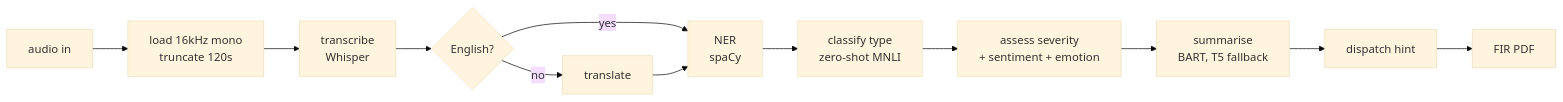
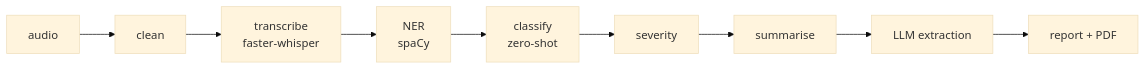
The diagram in README.md (CoderSoham/NLP_FIR), drawn with Mermaid (base theme) before and after one commit. The commit also changed other lines of this file and 5 other files, not shown here.

````diff
--- a/README.md
+++ b/README.md
@@ -14,14 +14,11 @@
 ```mermaid
 flowchart LR
-    A[audio in] --> B[load 16kHz mono<br/>truncate 120s]
-    B --> C[transcribe<br/>Whisper]
-    C --> D{English?}
-    D -- no --> E[translate]
-    D -- yes --> F[NER<br/>spaCy]
-    E --> F
-    F --> G[classify type<br/>zero-shot MNLI]
-    G --> H[assess severity<br/>+ sentiment + emotion]
-    H --> I[summarise<br/>BART, T5 fallback]
-    I --> J[dispatch hint]
-    J --> K[FIR PDF]
+    A[audio] --> B[clean]
+    B --> C[transcribe<br/>faster-whisper]
+    C --> D[NER<br/>spaCy]
+    D --> E[classify<br/>zero-shot]
+    E --> F[severity]
+    F --> G[summarise]
+    G --> H[LLM extraction]
+    H --> I[report + PDF]
 ```
````
